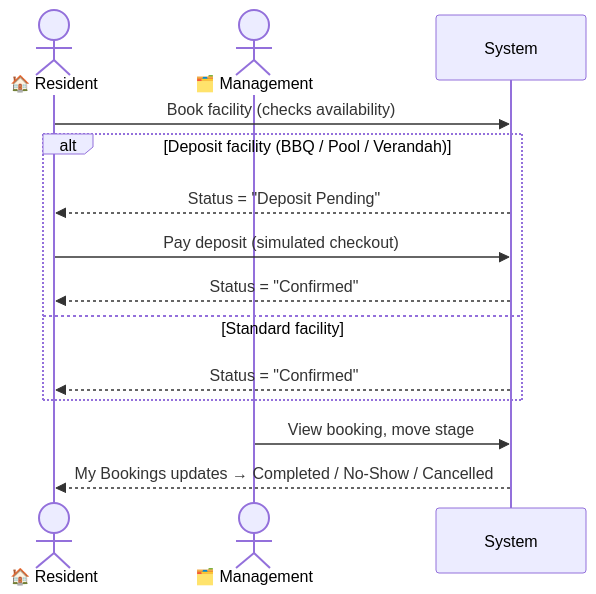
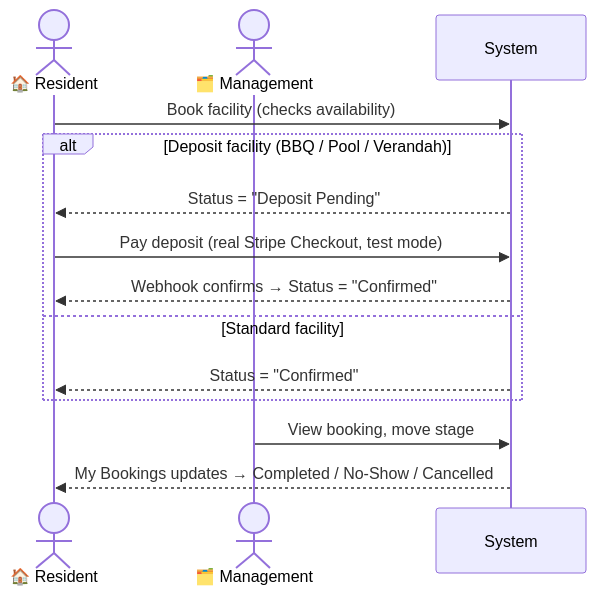
The second of 4 diagrams in README.md (dooddles07/The-Meridian), drawn with Mermaid before and after one commit. The commit also changed other lines of this file and 15 other files, not shown here.

Commit message:
feat(booking): give Move-In/Out a real backend + Stripe payments, closing the gap with facility deposits

````diff
--- a/README.md
+++ b/README.md
@@ -161,15 +172,15 @@
 ```mermaid
 sequenceDiagram
     actor Res as 🏠 Resident
     actor Mgmt as 🗂️ Management
     Res->>System: Book facility (checks availability)
     alt Deposit facility (BBQ / Pool / Verandah)
         System-->>Res: Status = "Deposit Pending"
-        Res->>System: Pay deposit (simulated checkout)
-        System-->>Res: Status = "Confirmed"
+        Res->>System: Pay deposit (real Stripe Checkout, test mode)
+        System-->>Res: Webhook confirms → Status = "Confirmed"
     else Standard facility
         System-->>Res: Status = "Confirmed"
     end
     Mgmt->>System: View booking, move stage
     System-->>Res: My Bookings updates → Completed / No-Show / Cancelled
 ```
````
